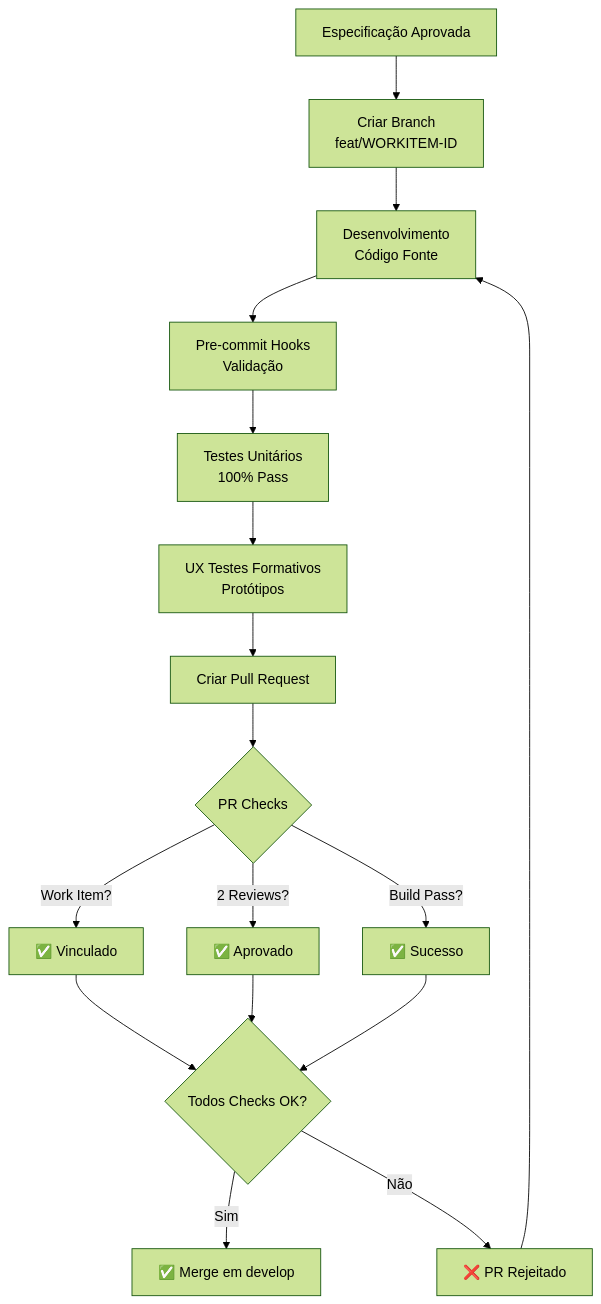
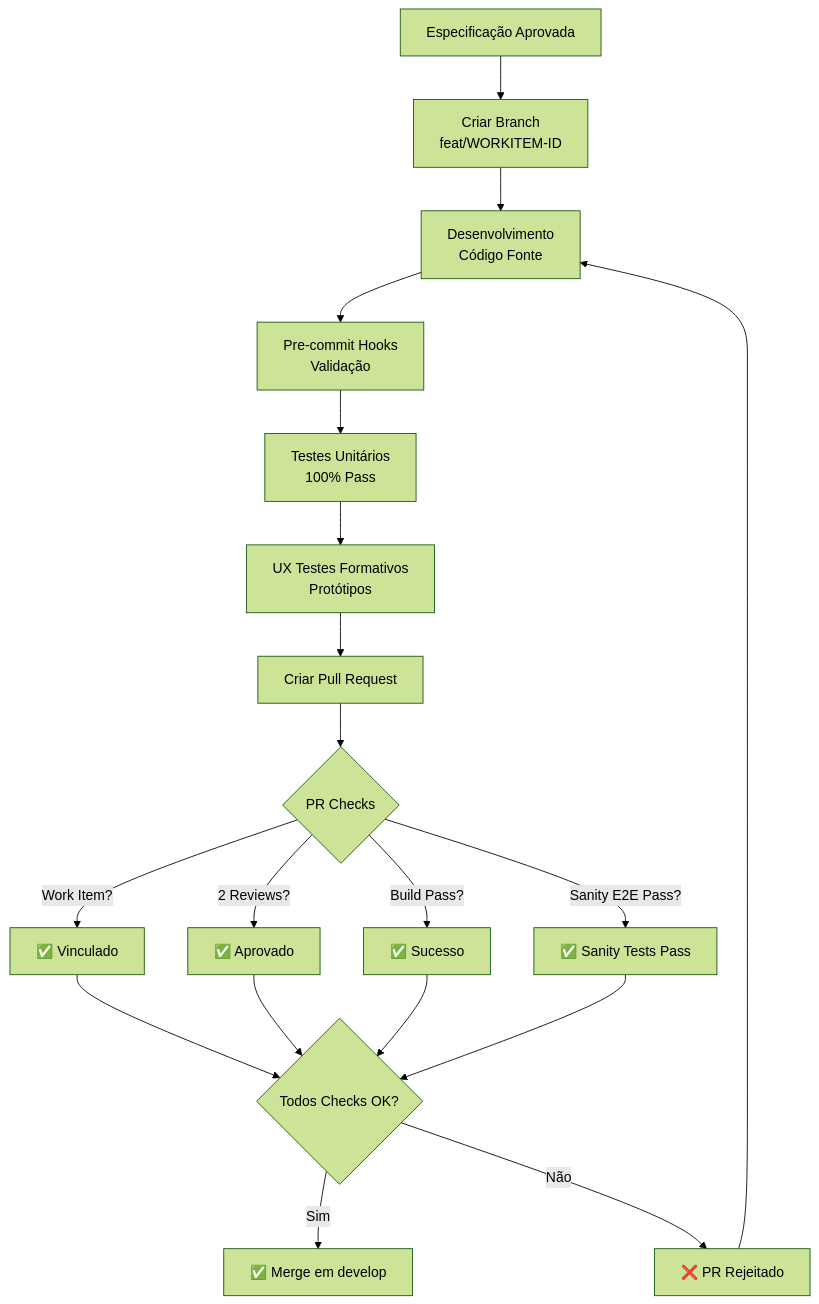
The third of 7 diagrams in demo-app/docs/FLOWS.md (resper1965/ionic-health-pq44), drawn with Mermaid (forest theme) before and after one commit. The commit also changed other lines of this file and 54 other files, not shown here.

````diff
--- a/demo-app/docs/FLOWS.md
+++ b/demo-app/docs/FLOWS.md
@@ -72,19 +72,21 @@
 ```mermaid
 flowchart TD
     A[Especificação Aprovada] --> B[Criar Branch<br/>feat/WORKITEM-ID]
     B --> C[Desenvolvimento<br/>Código Fonte]
     C --> D[Pre-commit Hooks<br/>Validação]
     D --> E[Testes Unitários<br/>100% Pass]
     E --> F[UX Testes Formativos<br/>Protótipos]
     F --> G[Criar Pull Request]
     G --> H{PR Checks}
     H -->|Work Item?| I[✅ Vinculado]
     H -->|2 Reviews?| J[✅ Aprovado]
     H -->|Build Pass?| K[✅ Sucesso]
+    H -->|Sanity E2E Pass?| K1[✅ Sanity Tests Pass]
     I --> L{Todos Checks OK?}
     J --> L
     K --> L
+    K1 --> L
     L -->|Sim| M[✅ Merge em develop]
     L -->|Não| N[❌ PR Rejeitado]
     N --> C
 ```
````
